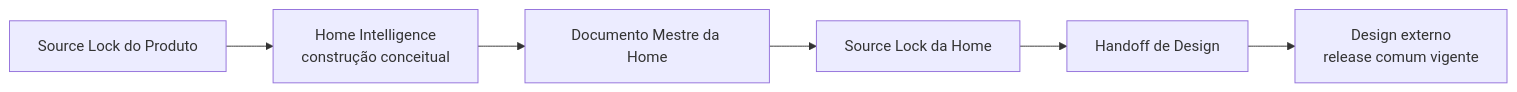
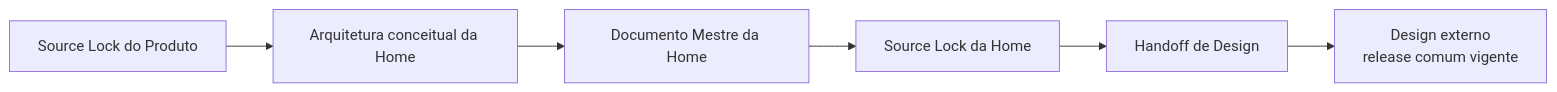
One commit to guivos-repositorio/Guivos-Knowledge-Repository changed the eighth of 8 diagrams in docs/product-architecture/intelligence-product-source-lock.md. Above: the diagram before and after it, drawn with Mermaid. The commit also changed other lines of this file, not shown here.

Commit message:
docs: remove residual provenance from intelligence-product-source-lock.md

````diff
--- a/docs/product-architecture/intelligence-product-source-lock.md
+++ b/docs/product-architecture/intelligence-product-source-lock.md
@@ -892,11 +892,11 @@
 ```mermaid
 flowchart LR
     A[Source Lock do Produto]
-    B[Home Intelligence\nconstrução conceitual]
+    B[Arquitetura conceitual da Home]
     C[Documento Mestre da Home]
     D[Source Lock da Home]
     E[Handoff de Design]
     F[Design externo\nrelease comum vigente]
 
     A --> B --> C --> D --> E --> F
 ```
````
